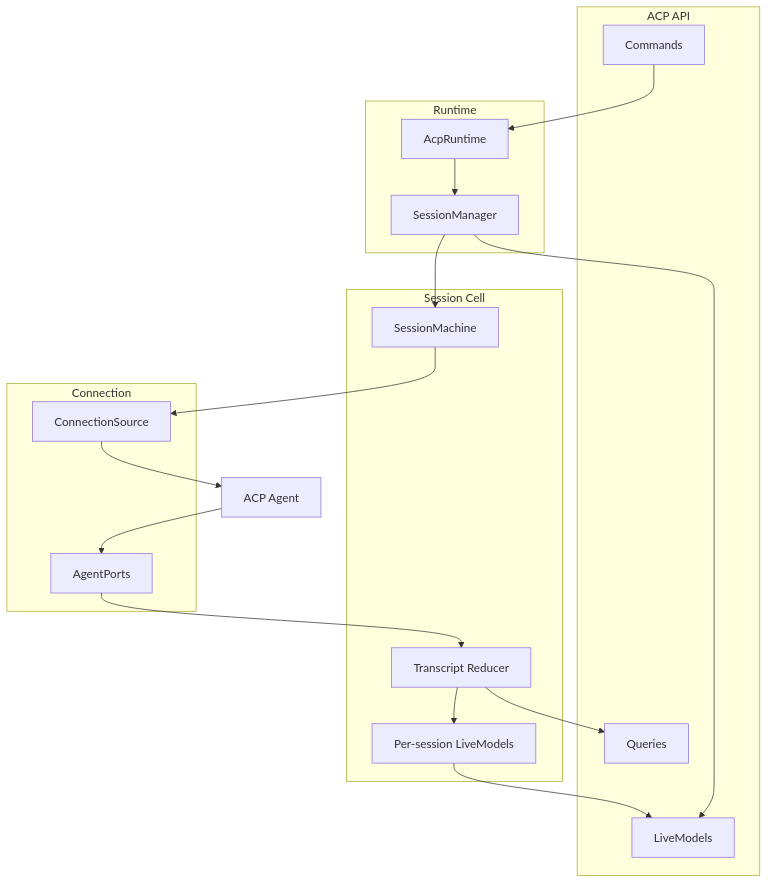
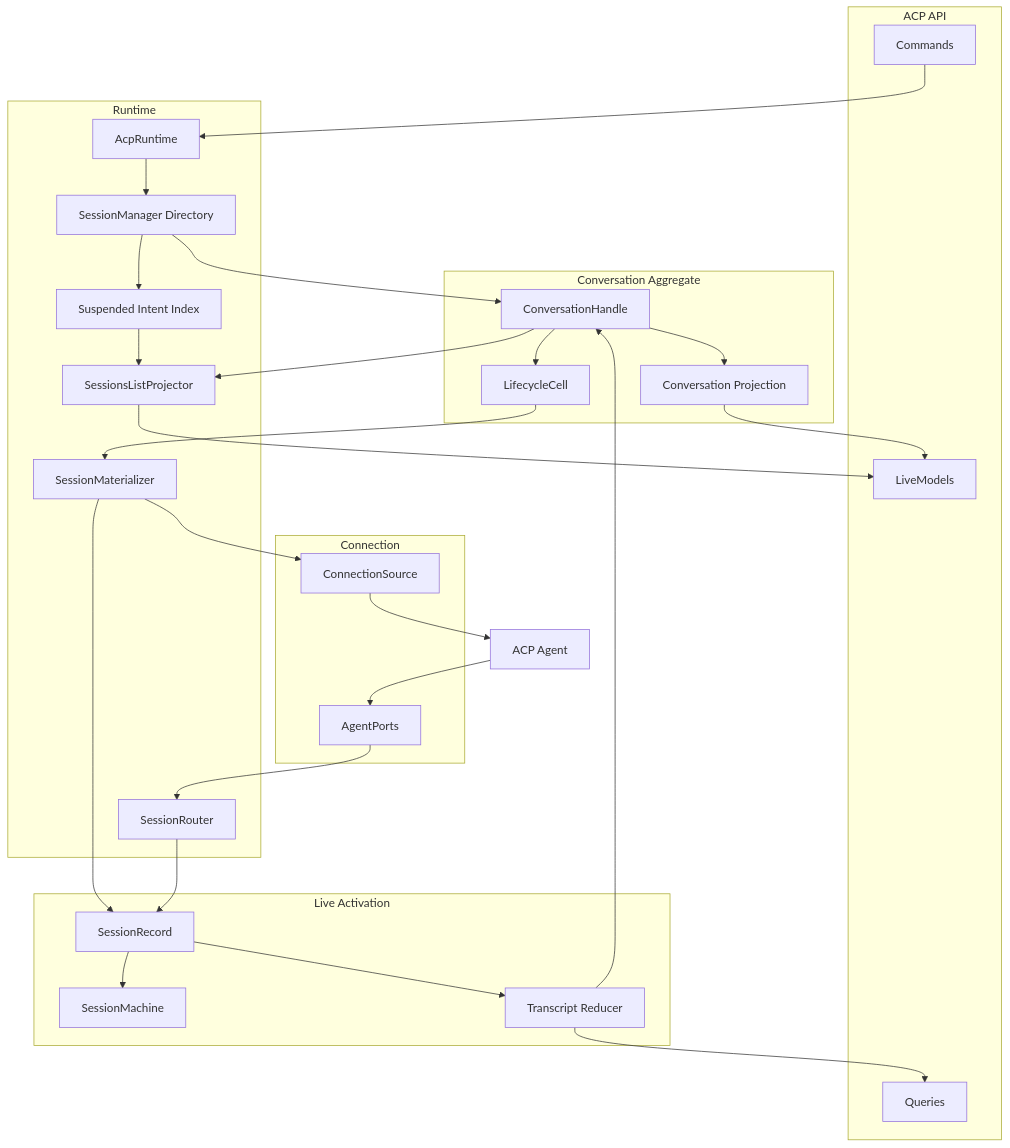
One commit to gabrielmoreira/agent-skills-mirror changed the diagram in mirrors/repos/generalaction@emdash/agents/architecture/acp-runtime.md. Above: the diagram before and after it, drawn with Mermaid. The commit also changed other lines of this file and 2372 other files, not shown here.

````diff
--- a/mirrors/repos/generalaction@emdash/agents/architecture/acp-runtime.md
+++ b/mirrors/repos/generalaction@emdash/agents/architecture/acp-runtime.md
@@ -31,29 +46,40 @@
 ```mermaid
 flowchart TD
   subgraph api [ACP API]
     commands[Commands]
     liveModels[LiveModels]
     queries[Queries]
   end
   subgraph runtime [Runtime]
     root[AcpRuntime]
-    manager[SessionManager]
+    manager[SessionManager Directory]
+    router[SessionRouter]
+    materializer[SessionMaterializer]
+    intentIndex[Suspended Intent Index]
+    listProjector[SessionsListProjector]
   end
-  subgraph session [Session Cell]
+  subgraph conversation [Conversation Aggregate]
+    handle[ConversationHandle]
+    lifecycle[LifecycleCell]
+    projection[Conversation Projection]
+  end
+  subgraph session [Live Activation]
+    record[SessionRecord]
     machine[SessionMachine]
     reducer[Transcript Reducer]
-    state[Per-session LiveModels]
   end
   subgraph connection [Connection]
     source[ConnectionSource]
     ports[AgentPorts]
   end
   agent[ACP Agent]
 
-  commands --> root --> manager --> machine
-  machine --> source --> agent
-  agent --> ports --> reducer
-  reducer --> state --> liveModels
-  manager --> liveModels
+  commands --> root --> manager --> handle
+  manager --> intentIndex --> listProjector --> liveModels
+  handle --> lifecycle --> materializer --> source --> agent
+  materializer --> record --> machine
+  agent --> ports --> router --> record
+  record --> reducer --> handle --> projection --> liveModels
+  handle --> listProjector
   reducer --> queries
 ```
````
